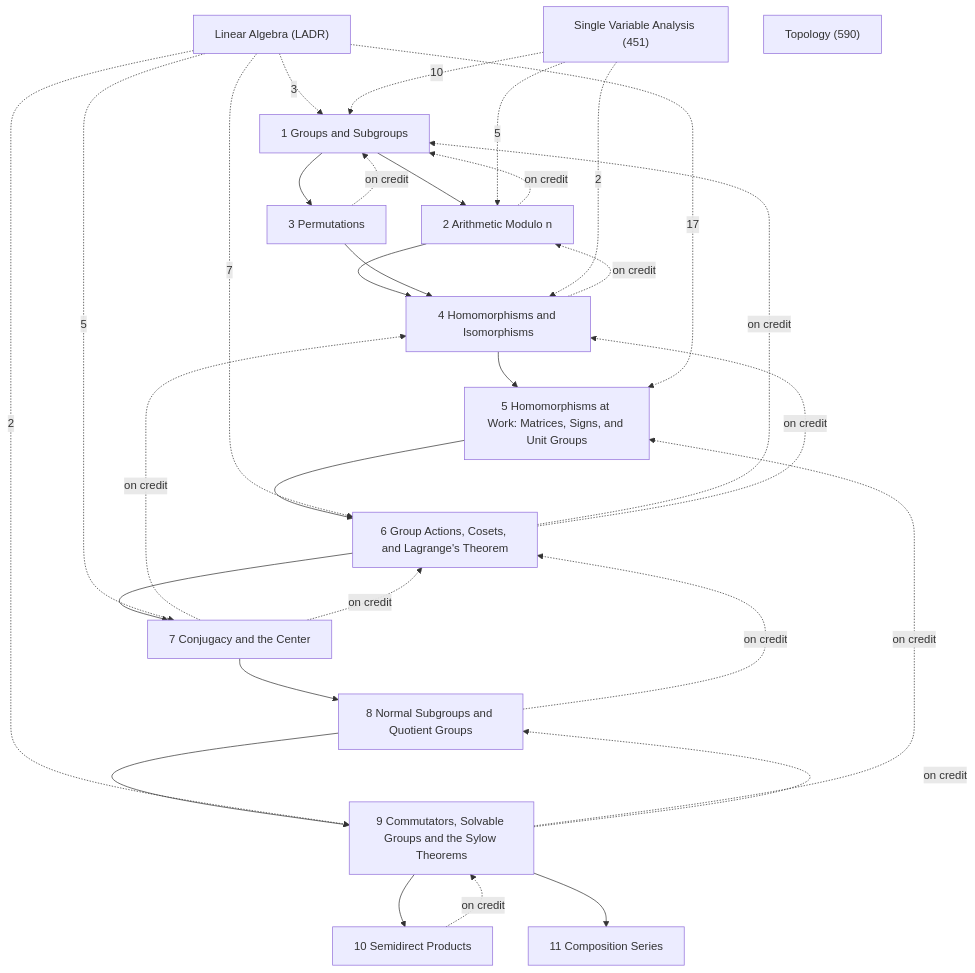
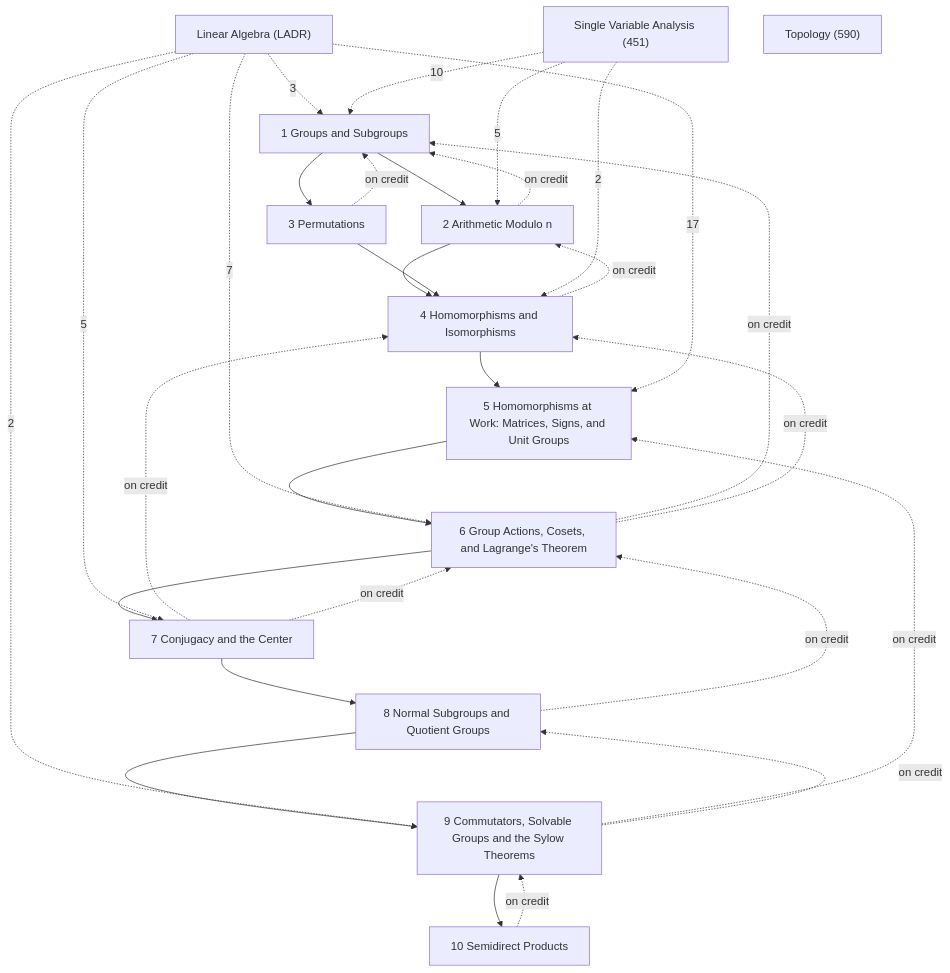
One commit to Onion20040508/notes changed the diagram in Math/Group Theory/Group Theory.md. Above: the diagram before and after it, drawn with Mermaid. The commit also changed other lines of this file and 53 other files, not shown here.

````diff
--- a/Math/Group Theory/Group Theory.md
+++ b/Math/Group Theory/Group Theory.md
@@ -27,47 +27,45 @@
 ```mermaid
 graph TD
   C1["1 Groups and Subgroups"]
   C2["2 Arithmetic Modulo n"]
   C3["3 Permutations"]
   C4["4 Homomorphisms and Isomorphisms"]
   C5["5 Homomorphisms at Work: Matrices, Signs, and Unit Groups"]
   C6["6 Group Actions, Cosets, and Lagrange's Theorem"]
   C7["7 Conjugacy and the Center"]
   C8["8 Normal Subgroups and Quotient Groups"]
   C9["9 Commutators, Solvable Groups and the Sylow Theorems"]
   C10["10 Semidirect Products"]
-  C11["11 Composition Series"]
   X1["Linear Algebra (LADR)"]
   X2["Single Variable Analysis (451)"]
   X3["Topology (590)"]
   C1 --> C2
   C1 --> C3
   C2 --> C4
   C3 --> C4
   C4 --> C5
   C5 --> C6
   C6 --> C7
   C7 --> C8
   C8 --> C9
   C9 --> C10
-  C9 --> C11
   C2 -.->|on credit| C1
   C3 -.->|on credit| C1
   C4 -.->|on credit| C2
   C6 -.->|on credit| C1
   C6 -.->|on credit| C4
   C7 -.->|on credit| C4
   C7 -.->|on credit| C6
   C8 -.->|on credit| C6
   C9 -.->|on credit| C5
   C9 -.->|on credit| C8
   C10 -.->|on credit| C9
   X1 -.->|3| C1
   X1 -.->|17| C5
   X1 -.->|7| C6
   X1 -.->|5| C7
   X1 -.->|2| C9
   X2 -.->|10| C1
   X2 -.->|5| C2
   X2 -.->|2| C4
 ```
````
